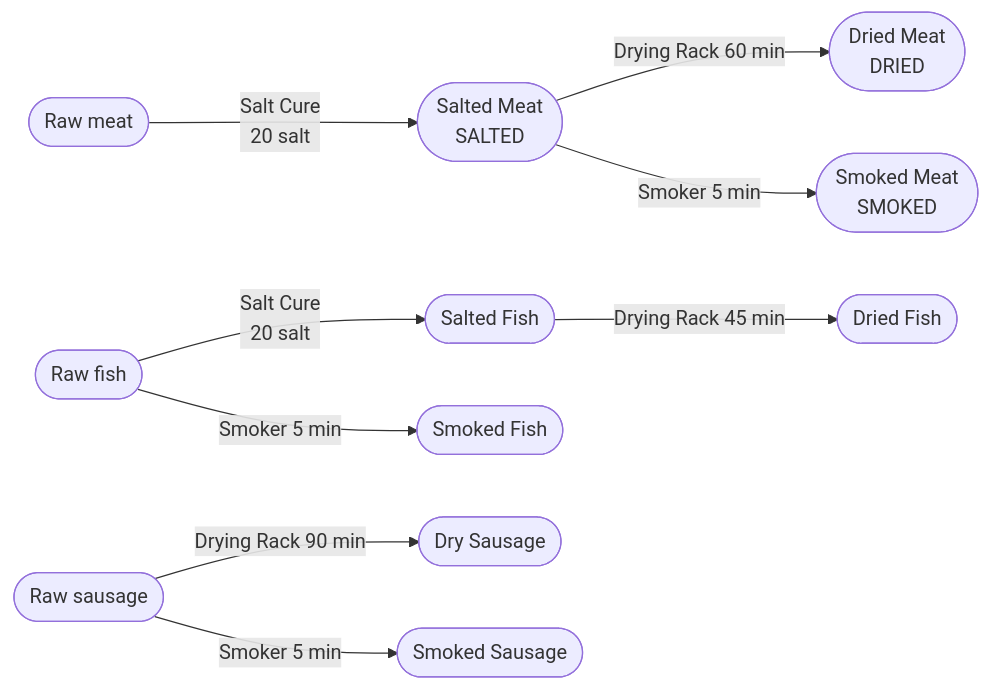
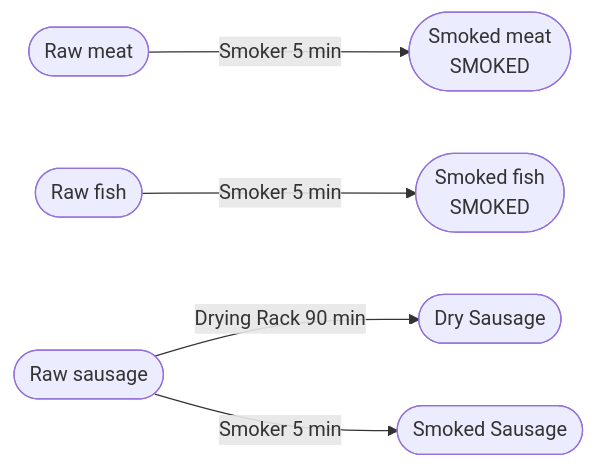
Diagram 11 of 14 in ChefZ_Wiki/Production-Chains.md (Psyern/Psyerns_ChefZ), drawn with Mermaid before and after one commit. The commit also changed other lines of this file and 359 other files, not shown here.

````diff
--- a/ChefZ_Wiki/Production-Chains.md
+++ b/ChefZ_Wiki/Production-Chains.md
@@ -446,11 +442,7 @@
 ```mermaid
 graph LR
-  M(["Raw meat"]) -->|"Salt Cure<br/>20 salt"| SM(["Salted Meat<br/>SALTED"])
-  SM -->|"Drying Rack 60 min"| DM(["Dried Meat<br/>DRIED"])
-  SM -->|"Smoker 5 min"| SMM(["Smoked Meat<br/>SMOKED"])
-  F(["Raw fish"]) -->|"Salt Cure<br/>20 salt"| SF(["Salted Fish"])
-  SF -->|"Drying Rack 45 min"| DF(["Dried Fish"])
-  F -->|"Smoker 5 min"| SMF(["Smoked Fish"])
+  M(["Raw meat"]) -->|"Smoker 5 min"| SMM(["Smoked meat<br/>SMOKED"])
+  F(["Raw fish"]) -->|"Smoker 5 min"| SMF(["Smoked fish<br/>SMOKED"])
   RS(["Raw sausage"]) -->|"Drying Rack 90 min"| DS(["Dry Sausage"])
   RS -->|"Smoker 5 min"| SMS(["Smoked Sausage"])
 ```
````
